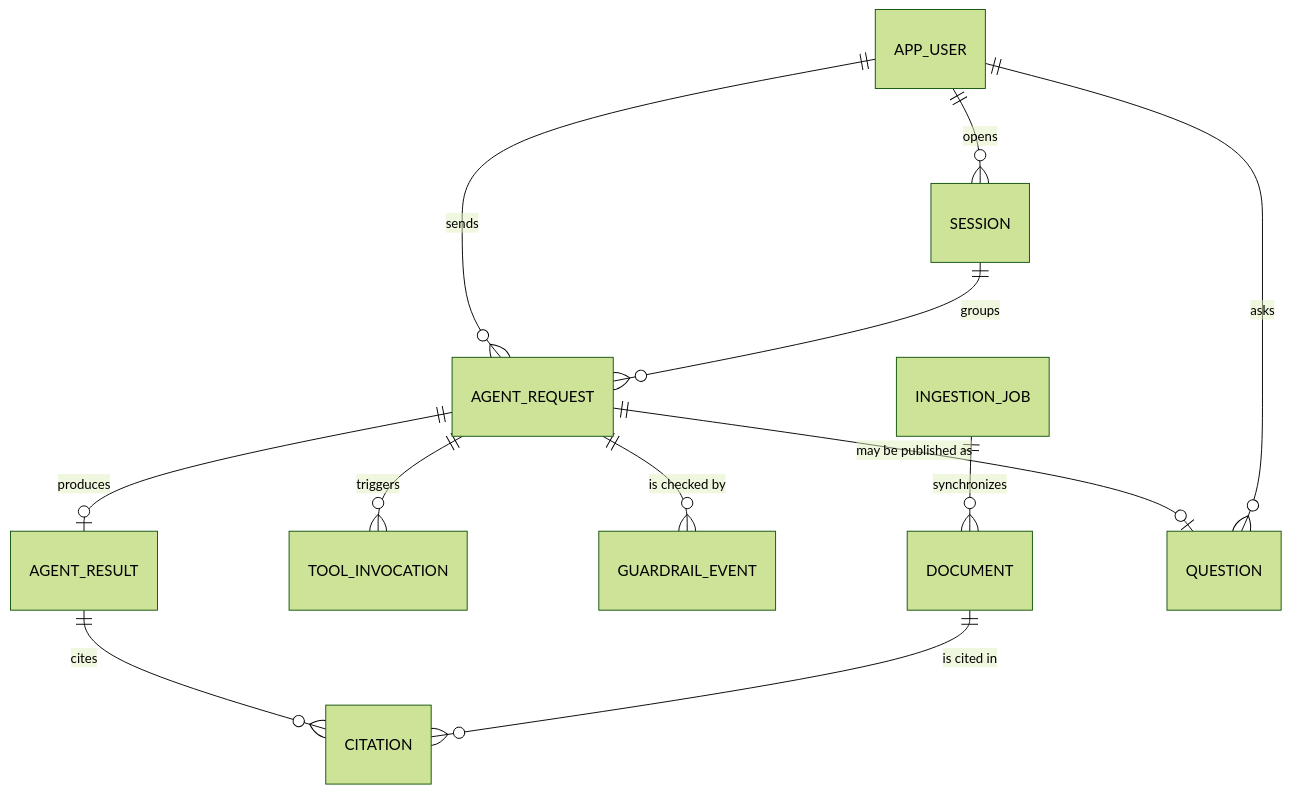
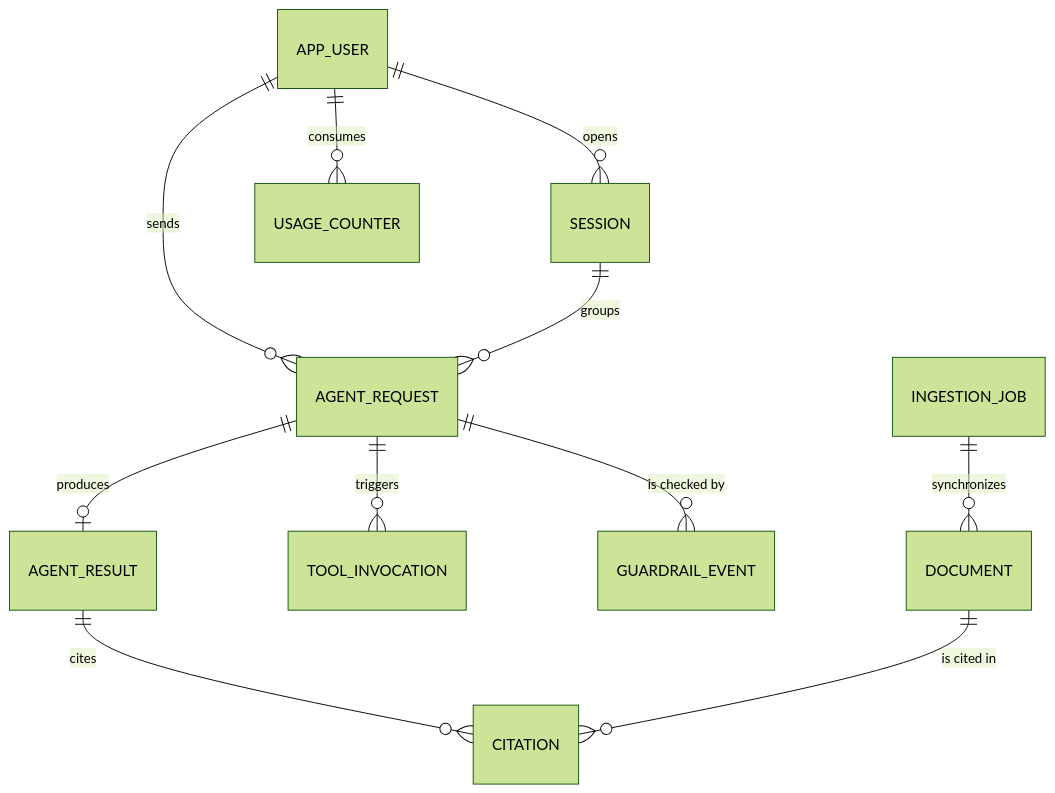
Before and after one commit to mauc-agentic/spec-to-runtime-aws: the diagram in docs/entity_model.md, drawn with Mermaid (forest theme). The commit also changed other lines of this file and 5 other files, not shown here.

First line of the commit message:
Spec: diagrama de casos de uso y ajuste del dominio (web, SQS, DynamoDB, rol Ponente) (#8)

````diff
--- a/docs/entity_model.md
+++ b/docs/entity_model.md
@@ -7,14 +7,13 @@
 ```mermaid
 erDiagram
     APP_USER ||--o{ SESSION : "opens"
     APP_USER ||--o{ AGENT_REQUEST : "sends"
+    APP_USER ||--o{ USAGE_COUNTER : "consumes"
     SESSION ||--o{ AGENT_REQUEST : "groups"
     AGENT_REQUEST ||--o| AGENT_RESULT : "produces"
     AGENT_REQUEST ||--o{ TOOL_INVOCATION : "triggers"
     AGENT_REQUEST ||--o{ GUARDRAIL_EVENT : "is checked by"
     AGENT_RESULT ||--o{ CITATION : "cites"
     DOCUMENT ||--o{ CITATION : "is cited in"
     INGESTION_JOB ||--o{ DOCUMENT : "synchronizes"
-    AGENT_REQUEST ||--o| QUESTION : "may be published as"
-    APP_USER ||--o{ QUESTION : "asks"
 ```
````
